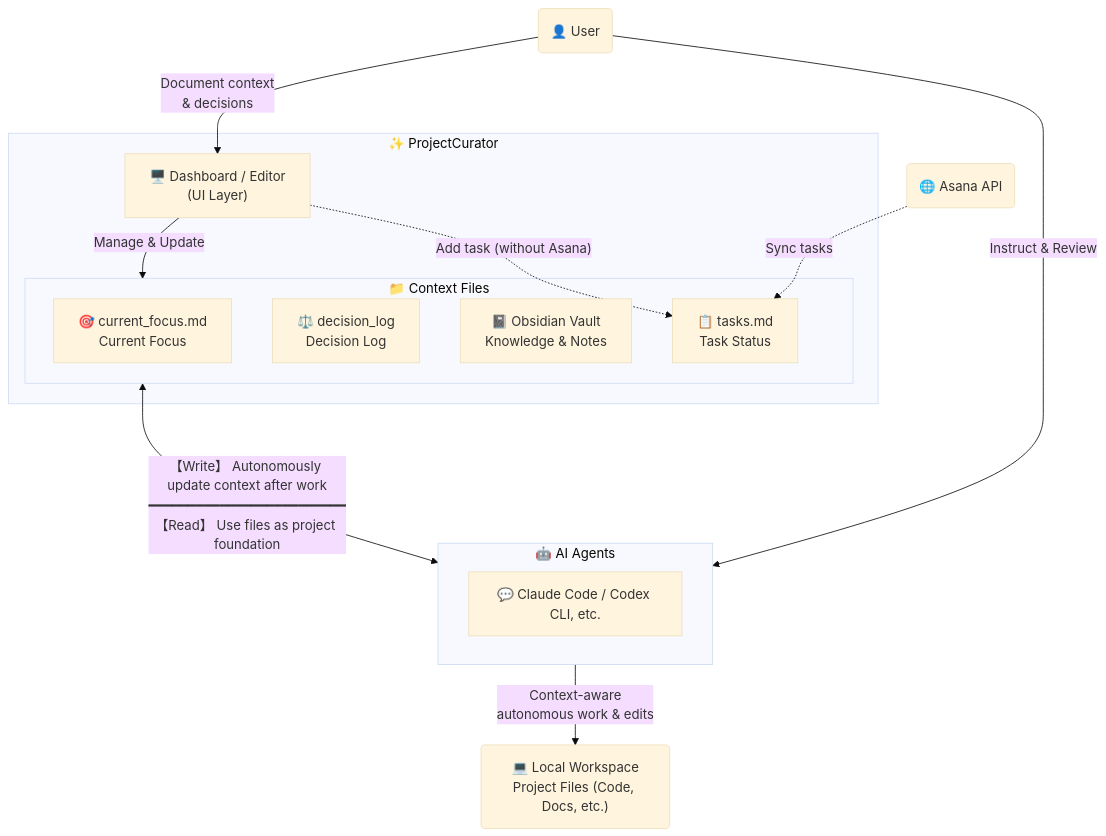
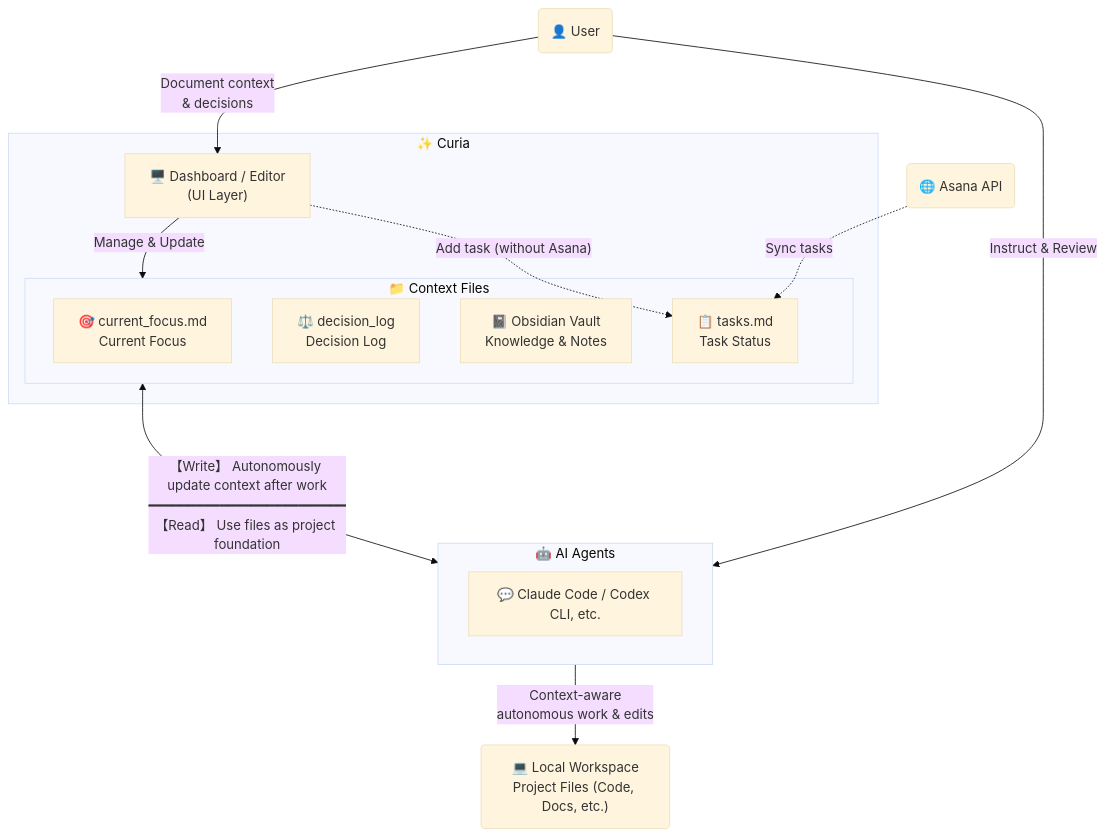
Before and after one commit to yt3trees/ProjectCurator: the diagram in README.md, drawn with Mermaid (base theme). The commit also changed other lines of this file and 105 other files, not shown here.

````diff
--- a/README.md
+++ b/README.md
@@ -12,37 +12,37 @@
 ```mermaid
 flowchart TD
     User("👤 User")
 
     %% Core Application
-    subgraph PC ["✨ ProjectCurator"]
+    subgraph PC ["✨ Curia"]
         UI["🖥️ Dashboard / Editor<br>(UI Layer)"]
         
         subgraph MD ["📁 Context Files"]
             F1["🎯 current_focus.md<br>Current Focus"]
             F2["⚖️ decision_log<br>Decision Log"]
             F4["📓 Obsidian Vault<br>Knowledge & Notes"]
             F3["📋 tasks.md<br>Task Status"]
         end
         
         UI -->|Manage & Update| MD
     end
 
     %% AI Agents & Target
     subgraph AI ["🤖 AI Agents"]
         AgentList["💬 Claude Code / Codex CLI, etc."]
     end
 
     Asana("🌐 Asana API")
     Workspace("💻 Local Workspace<br>Project Files (Code, Docs, etc.)")
 
     %% Relations
     User -->|Instruct & Review| AI
     User -->|Document context<br>& decisions| UI
     
     Asana -.->|Sync tasks| F3
     UI -.->|"Add task (without Asana)"| F3
     
     MD <-->|【Write】 Autonomously update context after work<br>━━━━━━━━━━━━━━━━━━━━━━━━━<br>【Read】 Use files as project foundation| AI
     
     AI -->|Context-aware<br>autonomous work & edits| Workspace
 ```
````
